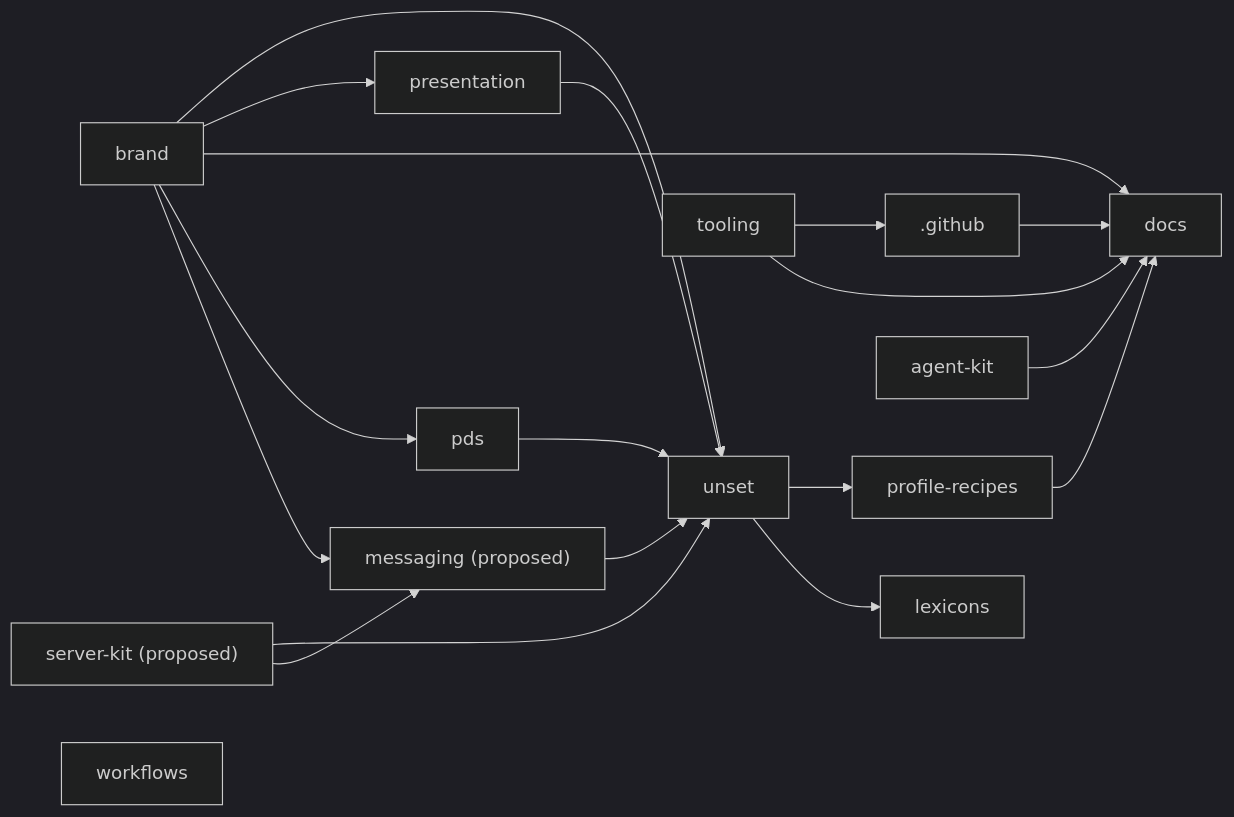
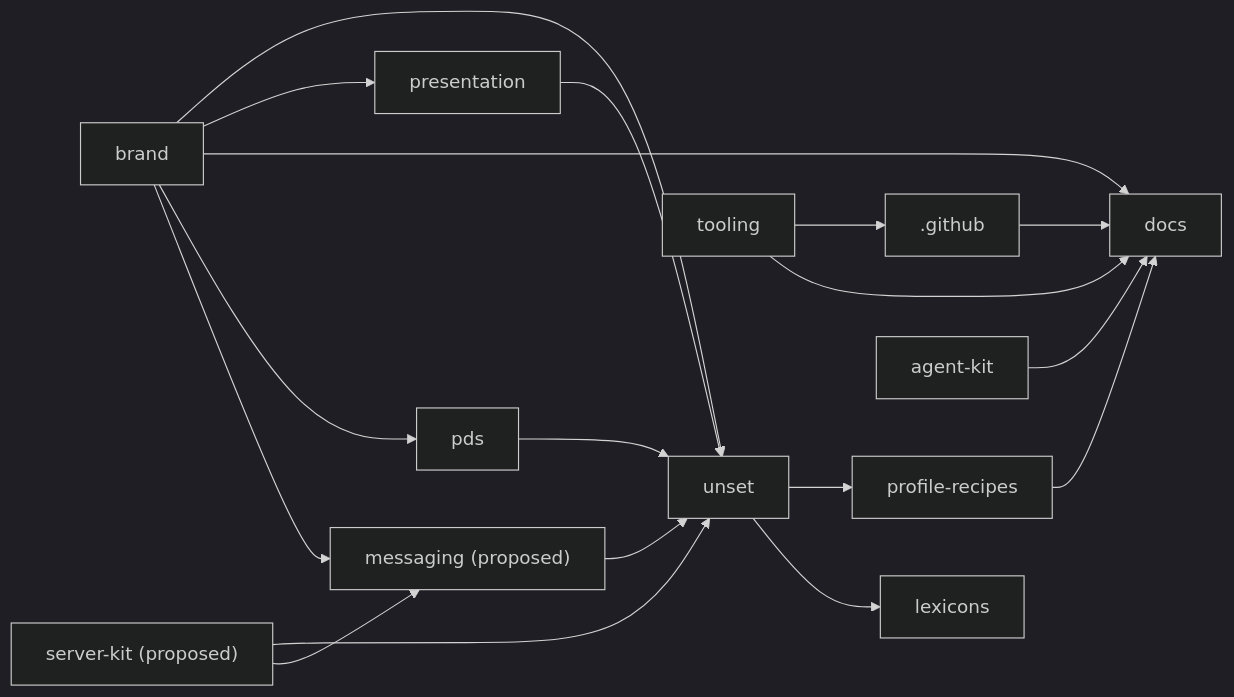
One commit to unset-sh/.github changed the diagram in MAP.md. Above: the diagram before and after it, drawn with Mermaid (dark theme). The commit also changed other lines of this file and 1 other file, not shown here.

````diff
--- a/MAP.md
+++ b/MAP.md
@@ -33,33 +32,32 @@
 ```mermaid
 flowchart LR
   r_unset["unset"]
   r__github[".github"]
   r_tooling["tooling"]
   r_brand["brand"]
   r_presentation["presentation"]
   r_profile_recipes["profile-recipes"]
   r_docs["docs"]
   r_pds["pds"]
   r_lexicons["lexicons"]
   r_messaging["messaging (proposed)"]
   r_server_kit["server-kit (proposed)"]
   r_agent_kit["agent-kit"]
-  r_workflows["workflows"]
   r_brand --> r_unset
   r_presentation --> r_unset
   r_messaging --> r_unset
   r_server_kit --> r_unset
   r_pds --> r_unset
   r_tooling --> r__github
   r_brand --> r_presentation
   r_unset --> r_profile_recipes
   r_brand --> r_docs
   r__github --> r_docs
   r_agent_kit --> r_docs
   r_profile_recipes --> r_docs
   r_tooling --> r_docs
   r_brand --> r_pds
   r_unset --> r_lexicons
   r_brand --> r_messaging
   r_server_kit --> r_messaging
 ```
````
